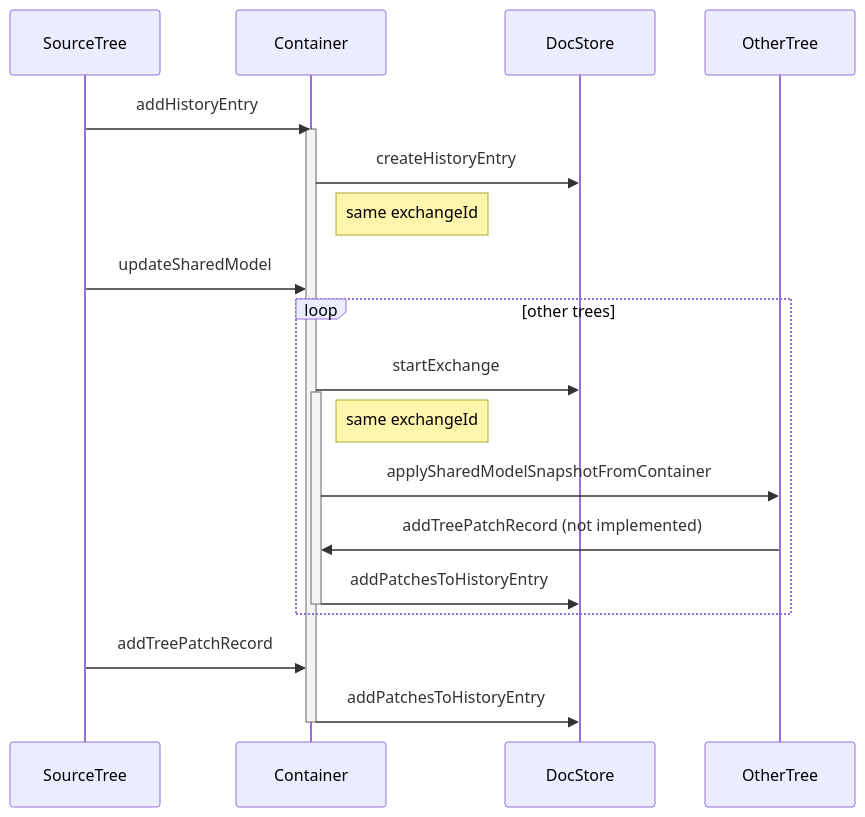
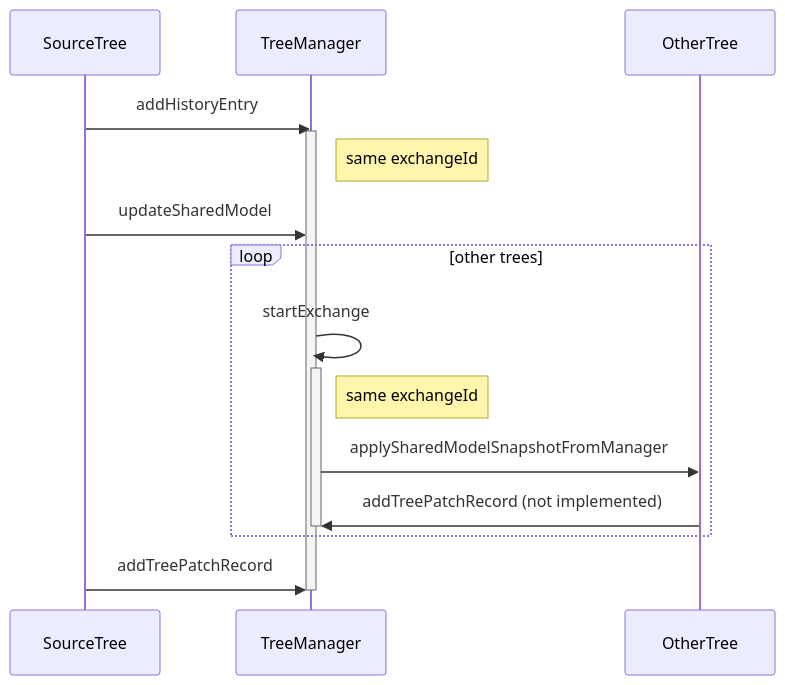
The sixth of 6 diagrams in docs/history-framework.md (concord-consortium/collaborative-learning), drawn with Mermaid before and after one commit. The commit also changed other lines of this file and 8 other files, not shown here.

Commit message:
rename container to tree manager

````diff
--- a/docs/history-framework.md
+++ b/docs/history-framework.md
@@ -178,22 +171,19 @@
 ```mermaid
 sequenceDiagram
   participant SourceTree
-  participant Container
-  SourceTree->>Container: addHistoryEntry  
-  activate Container
-  Container->>DocStore: createHistoryEntry
-  Note right of Container: same exchangeId 
-  SourceTree->>Container: updateSharedModel
+  participant TreeManager
+  SourceTree->>TreeManager: addHistoryEntry  
+  activate TreeManager
+  Note right of TreeManager: same exchangeId 
+  SourceTree->>TreeManager: updateSharedModel
   loop other trees
-    Container->>DocStore: startExchange
-    activate Container
-    Note right of Container: same exchangeId
-    Container->>OtherTree: applySharedModelSnapshotFromContainer
-    OtherTree->>Container: addTreePatchRecord (not implemented)
-    Container->>DocStore: addPatchesToHistoryEntry
-    deactivate Container
+    TreeManager->>TreeManager: startExchange
+    activate TreeManager
+    Note right of TreeManager: same exchangeId
+    TreeManager->>OtherTree: applySharedModelSnapshotFromManager
+    OtherTree->>TreeManager: addTreePatchRecord (not implemented)
+    deactivate TreeManager
   end
-  SourceTree->>Container: addTreePatchRecord
-  Container->>DocStore: addPatchesToHistoryEntry
-  deactivate Container
+  SourceTree->>TreeManager: addTreePatchRecord
+  deactivate TreeManager
 ```
````
